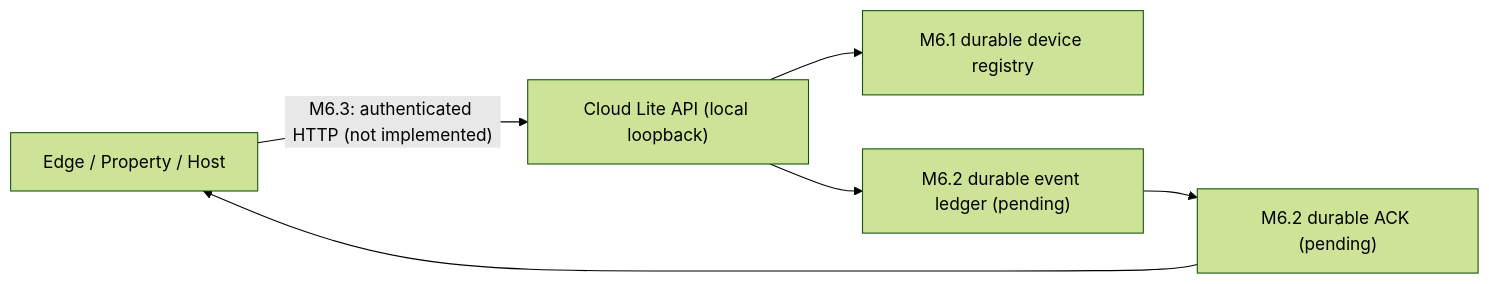
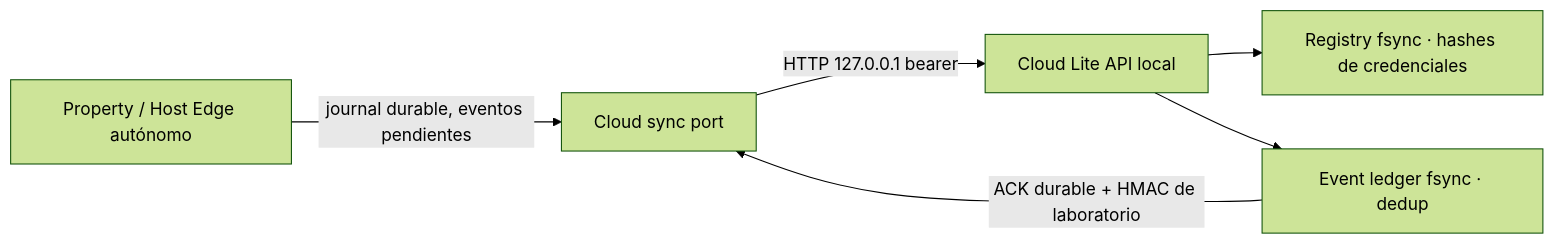
The diagram in docs/tasks/m6-cloud-lite-local.md (krukmat/logistica), drawn with Mermaid (forest theme) before and after one commit. The commit also changed other lines of this file and 7 other files, not shown here.

Commit message:
docs(m6): consolidate registry ingest Cloud Lite sync and failure-matrix lab evidence roadmap

````diff
--- a/docs/tasks/m6-cloud-lite-local.md
+++ b/docs/tasks/m6-cloud-lite-local.md
@@ -7,8 +9,8 @@
 ```mermaid
 flowchart LR
- E["Edge / Property / Host"] -->|"M6.3: authenticated HTTP (not implemented)"| API["Cloud Lite API (local loopback)"]
- API --> REG["M6.1 durable device registry"]
- API --> EVENTS["M6.2 durable event ledger (pending)"]
- EVENTS --> ACK["M6.2 durable ACK (pending)"]
- ACK --> E
+ P["Property / Host Edge autónomo"] -->|"journal durable, eventos pendientes"| J["Cloud sync port"]
+ J -->|"HTTP 127.0.0.1 bearer"| C["Cloud Lite API local"]
+ C --> R["Registry fsync · hashes de credenciales"]
+ C --> E["Event ledger fsync · dedup"]
+ E -->|"ACK durable + HMAC de laboratorio"| J
 ```
````
